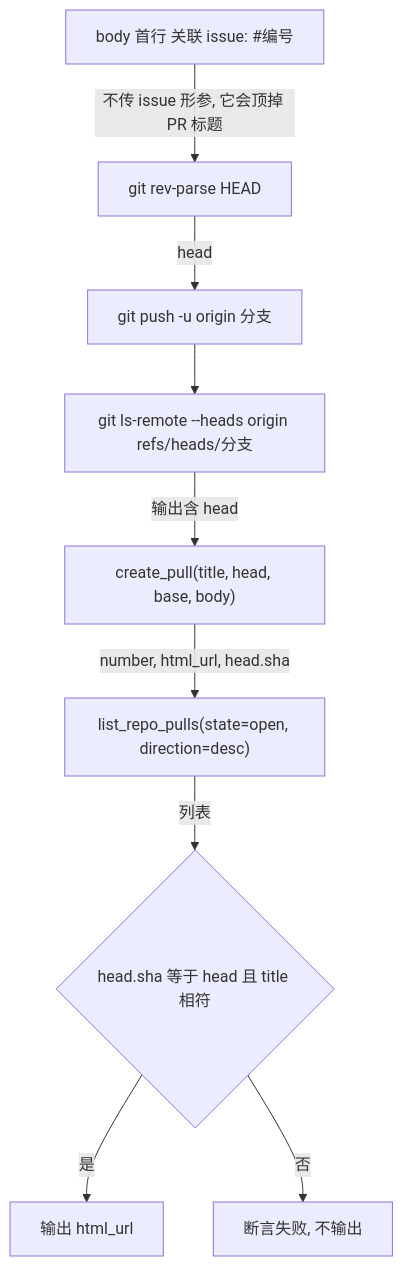
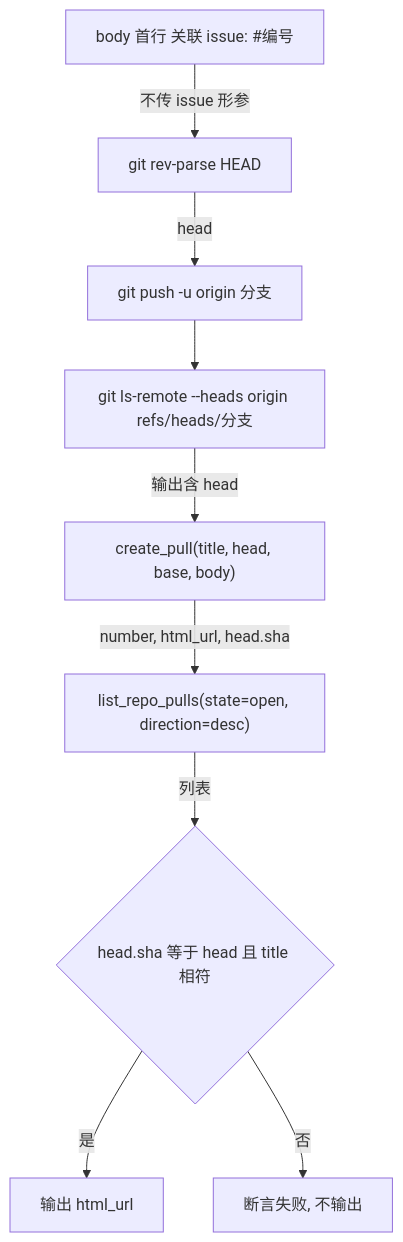
The third of 4 diagrams in common/gitee/SKILL.md (norci/agent-skills), drawn with Mermaid before and after one commit. The commit also changed other lines of this file and 1 other file, not shown here.

````diff
--- a/common/gitee/SKILL.md
+++ b/common/gitee/SKILL.md
@@ -68,11 +68,11 @@
 ```mermaid
 graph TD
-    A["body 首行 关联 issue: #编号"] -->|"不传 issue 形参, 它会顶掉 PR 标题"| B["git rev-parse HEAD"]
+    A["body 首行 关联 issue: #编号"] -->|"不传 issue 形参"| B["git rev-parse HEAD"]
     B -->|"head"| C["git push -u origin 分支"]
     C --> D["git ls-remote --heads origin refs/heads/分支"]
     D -->|"输出含 head"| E["create_pull(title, head, base, body)"]
     E -->|"number, html_url, head.sha"| F["list_repo_pulls(state=open, direction=desc)"]
     F -->|"列表"| G{"head.sha 等于 head 且 title 相符"}
     G -->|"是"| H["输出 html_url"]
     G -->|"否"| I["断言失败, 不输出"]
 ```
````
